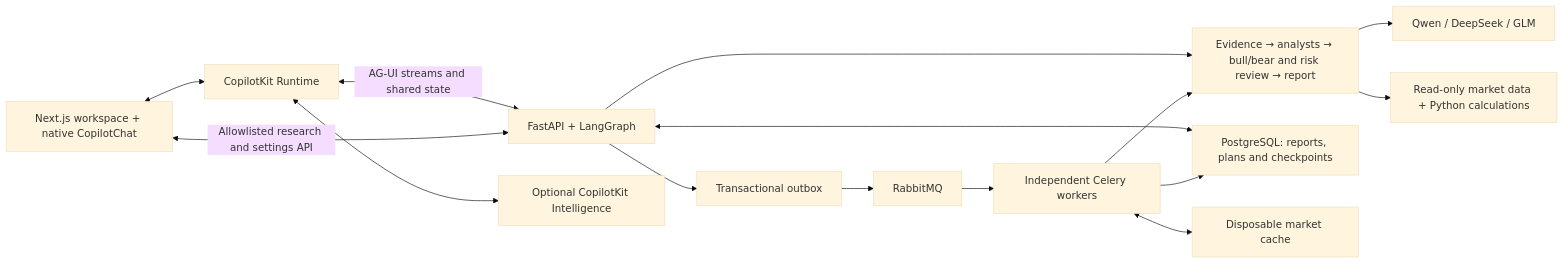
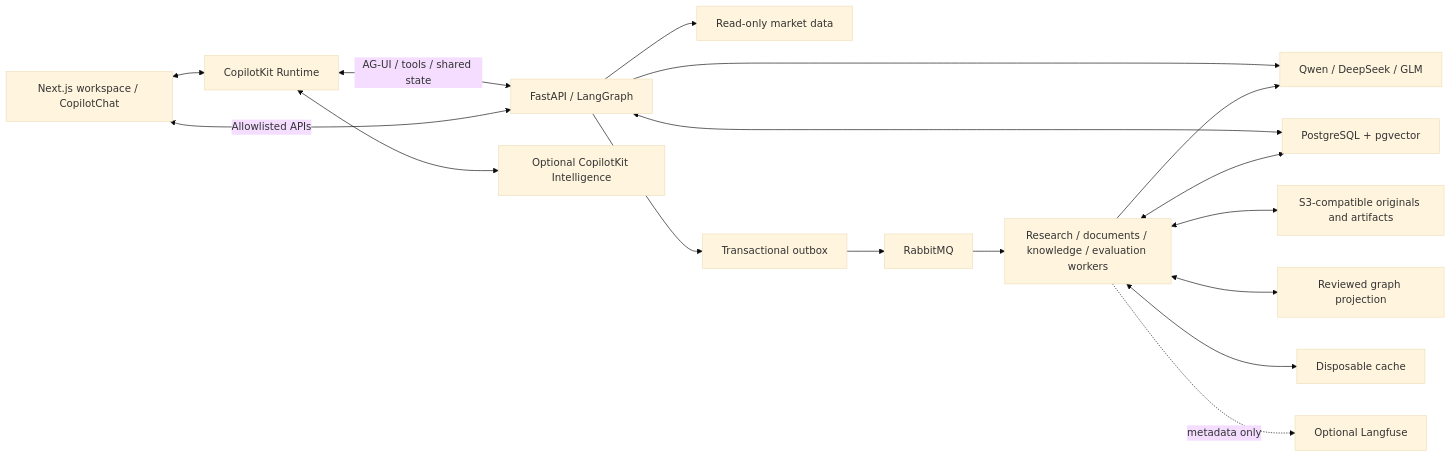
The diagram in README.md (A1f1ed/Financial_Research_Agent), drawn with Mermaid (base theme) before and after one commit. The commit also changed other lines of this file and 15 other files, not shown here.

Commit message:
feat: finalize evaluation evidence and document knowledge workflows

````diff
--- a/README.md
+++ b/README.md
@@ -170,17 +191,19 @@
 ```mermaid
 flowchart LR
-    UI[Next.js workspace + native CopilotChat] <--> Runtime[CopilotKit Runtime]
-    Runtime <-->|AG-UI streams and shared state| Agent[FastAPI + LangGraph]
+    UI[Next.js workspace / CopilotChat] <--> Runtime[CopilotKit Runtime]
+    Runtime <-->|AG-UI / tools / shared state| Agent[FastAPI / LangGraph]
     Runtime <--> Intelligence[Optional CopilotKit Intelligence]
-    UI <-->|Allowlisted research and settings API| Agent
-    Agent --> Research[Evidence → analysts → bull/bear and risk review → report]
-    Research --> Models[Qwen / DeepSeek / GLM]
-    Research --> Sources[Read-only market data + Python calculations]
-    Agent <--> PostgreSQL[PostgreSQL: reports, plans and checkpoints]
+    UI <-->|Allowlisted APIs| Agent
+    Agent --> Models[Qwen / DeepSeek / GLM]
+    Agent --> Sources[Read-only market data]
+    Agent <--> PG[PostgreSQL + pgvector]
     Agent --> Outbox[Transactional outbox]
-    Outbox --> RabbitMQ
-    RabbitMQ --> Workers[Independent Celery workers]
-    Workers --> PostgreSQL
-    Workers --> Research
-    Workers <--> Redis[Disposable market cache]
+    Outbox --> MQ[RabbitMQ]
+    MQ --> Workers[Research / documents / knowledge / evaluation workers]
+    Workers <--> PG
+    Workers <--> S3[S3-compatible originals and artifacts]
+    Workers <--> Neo4j[Reviewed graph projection]
+    Workers <--> Redis[Disposable cache]
+    Workers --> Models
+    Workers -. metadata only .-> Langfuse[Optional Langfuse]
 ```
````
